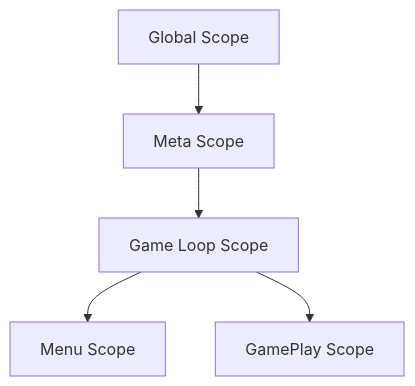
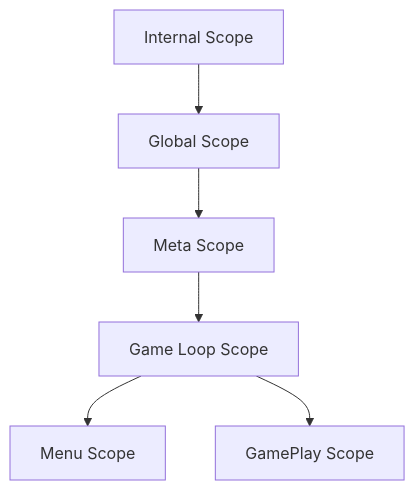
Before and after one commit to noncasted/mines-leader: the second of 4 diagrams in docs/obsidian/architecture/overview.md, drawn with Mermaid. The commit also changed other lines of this file and 37 other files, not shown here.

````diff
--- a/docs/obsidian/architecture/overview.md
+++ b/docs/obsidian/architecture/overview.md
@@ -65,7 +65,8 @@
 ```mermaid
 graph TD
-    G[Global Scope] --> M[Meta Scope]
+    I[Internal Scope] --> G[Global Scope]
+    G --> M[Meta Scope]
     M --> L[Game Loop Scope]
     L --> Menu[Menu Scope]
     L --> GP[GamePlay Scope]
 ```
````
